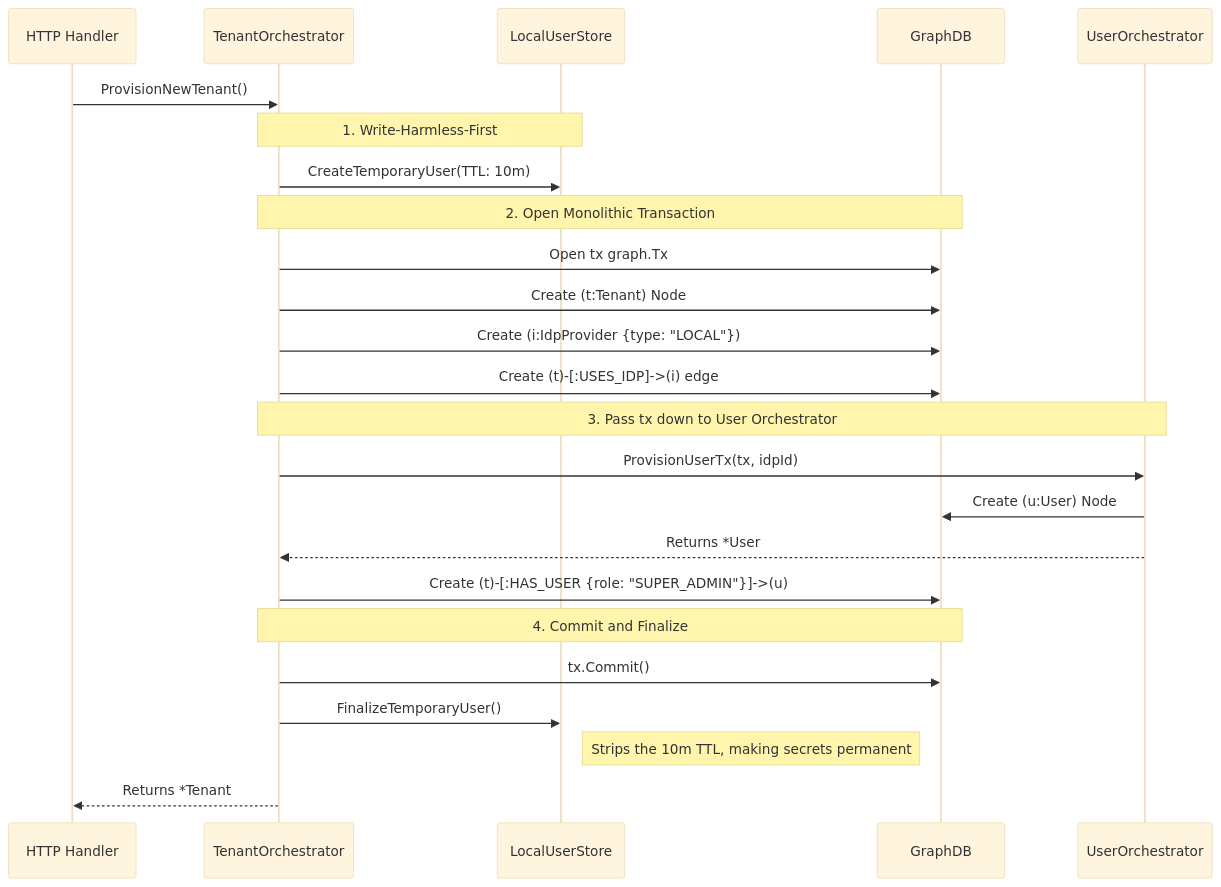
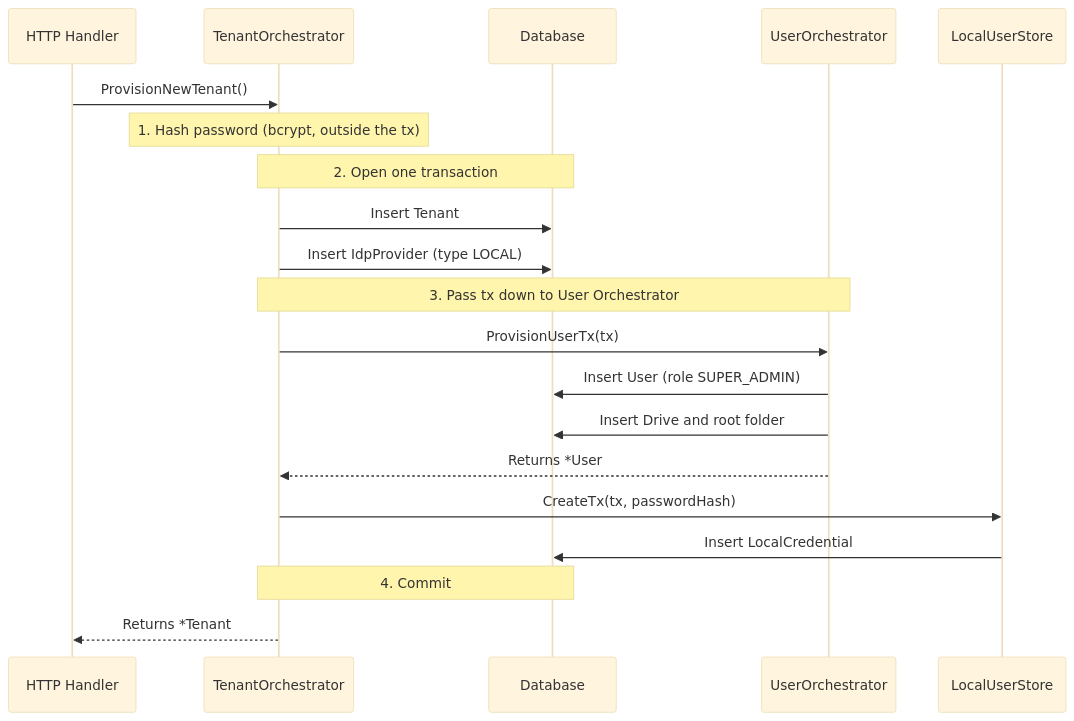
One commit to platrium-app/platrium changed the second of 2 diagrams in docs/content/docs/(contributors)/architecture/identity/multi-tenancy.mdx. Above: the diagram before and after it, drawn with Mermaid (base theme). The commit also changed other lines of this file and 75 other files, not shown here.

````diff
--- a/docs/content/docs/(contributors)/architecture/identity/multi-tenancy.mdx
+++ b/docs/content/docs/(contributors)/architecture/identity/multi-tenancy.mdx
@@ -72,35 +75,28 @@
 ```mermaid
 sequenceDiagram
     participant API as HTTP Handler
     participant TO as TenantOrchestrator
-    participant KV as LocalUserStore
-    participant Graph as GraphDB
+    participant DB as Database
     participant UO as UserOrchestrator
+    participant LU as LocalUserStore
 
     API->>TO: ProvisionNewTenant()
     
-    Note over TO,KV: 1. Write-Harmless-First
-    TO->>KV: CreateTemporaryUser(TTL: 10m)
+    Note over TO: 1. Hash password (bcrypt, outside the tx)
     
-    Note over TO,Graph: 2. Open Monolithic Transaction
-    TO->>Graph: Open tx graph.Tx
-    
-    TO->>Graph: Create (t:Tenant) Node
-    TO->>Graph: Create (i:IdpProvider {type: "LOCAL"})
-    TO->>Graph: Create (t)-[:USES_IDP]->(i) edge
+    Note over TO,DB: 2. Open one transaction
+    TO->>DB: Insert Tenant
+    TO->>DB: Insert IdpProvider (type LOCAL)
     
     Note over TO,UO: 3. Pass tx down to User Orchestrator
-    TO->>UO: ProvisionUserTx(tx, idpId)
-    UO->>Graph: Create (u:User) Node
+    TO->>UO: ProvisionUserTx(tx)
+    UO->>DB: Insert User (role SUPER_ADMIN)
+    UO->>DB: Insert Drive and root folder
     UO-->>TO: Returns *User
     
-    TO->>Graph: Create (t)-[:HAS_USER {role: "SUPER_ADMIN"}]->(u)
+    TO->>LU: CreateTx(tx, passwordHash)
+    LU->>DB: Insert LocalCredential
     
-    Note over TO,Graph: 4. Commit and Finalize
-    TO->>Graph: tx.Commit()
-    
-    TO->>KV: FinalizeTemporaryUser()
-    Note right of KV: Strips the 10m TTL, making secrets permanent
-    
+    Note over TO,DB: 4. Commit
     TO-->>API: Returns *Tenant
 ```
````
